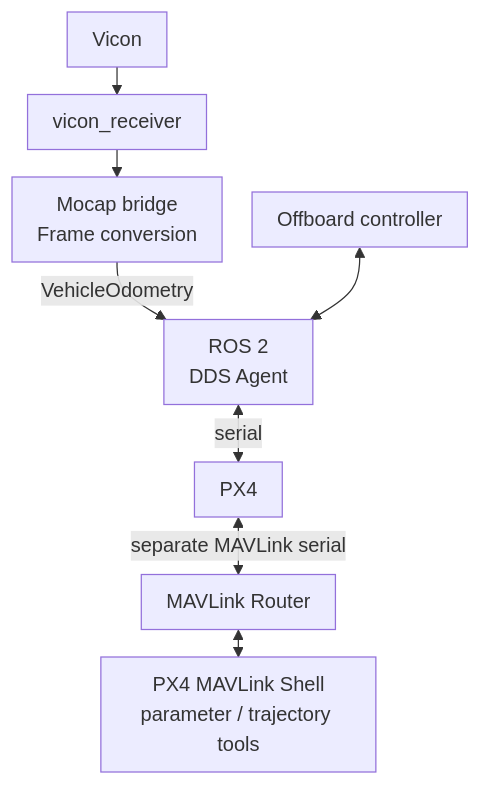
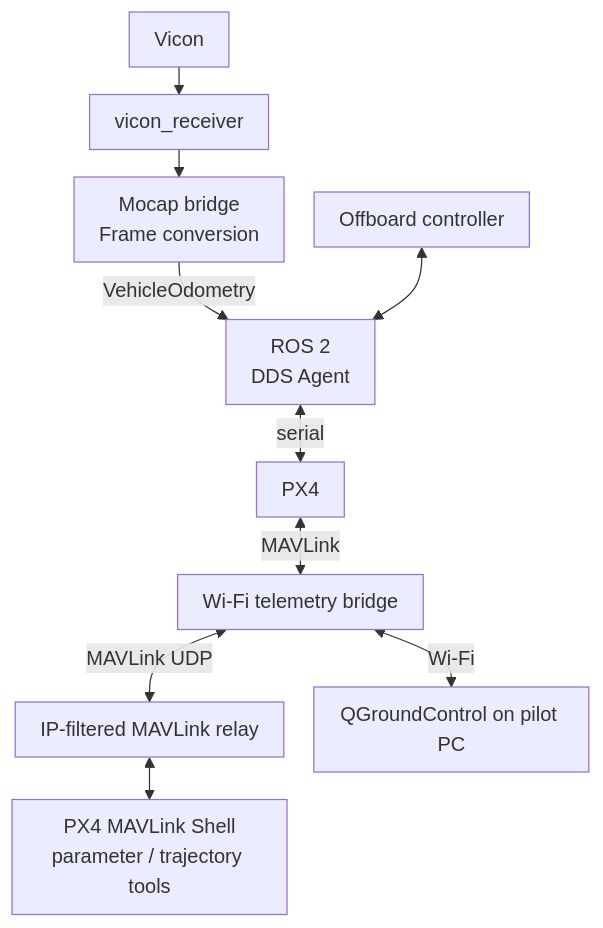
One commit to ANCL/px4-dev-toolkit changed the diagram in docs/operations/companion.md. Above: the diagram before and after it, drawn with Mermaid. The commit also changed other lines of this file and 15 other files, not shown here.

Commit message:
Centralize PX4 source and configure MAVLink UDP

````diff
--- a/docs/operations/companion.md
+++ b/docs/operations/companion.md
@@ -19,19 +19,21 @@
 ```mermaid
 ---
 config:
   flowchart:
     useMaxWidth: true
     wrappingWidth: 180
     padding: 10
     rankSpacing: 22
     nodeSpacing: 24
 ---
 flowchart TB
     V["Vicon"] --> VR["vicon_receiver"]
     VR --> B["Mocap bridge<br/>Frame conversion"]
     B -->|VehicleOdometry| X["ROS 2<br/>DDS Agent"]
     X <-->|serial| P["PX4"]
     C["Offboard controller"] <--> X
-    P <-->|separate MAVLink serial| MR["MAVLink Router"]
+    P <-->|MAVLink| K["Wi-Fi telemetry bridge"]
+    K <-->|MAVLink UDP| MR["IP-filtered MAVLink relay"]
+    K <-->|Wi-Fi| Q["QGroundControl on pilot PC"]
     MR <--> S["PX4 MAVLink Shell<br/>parameter / trajectory tools"]
 ```
````
